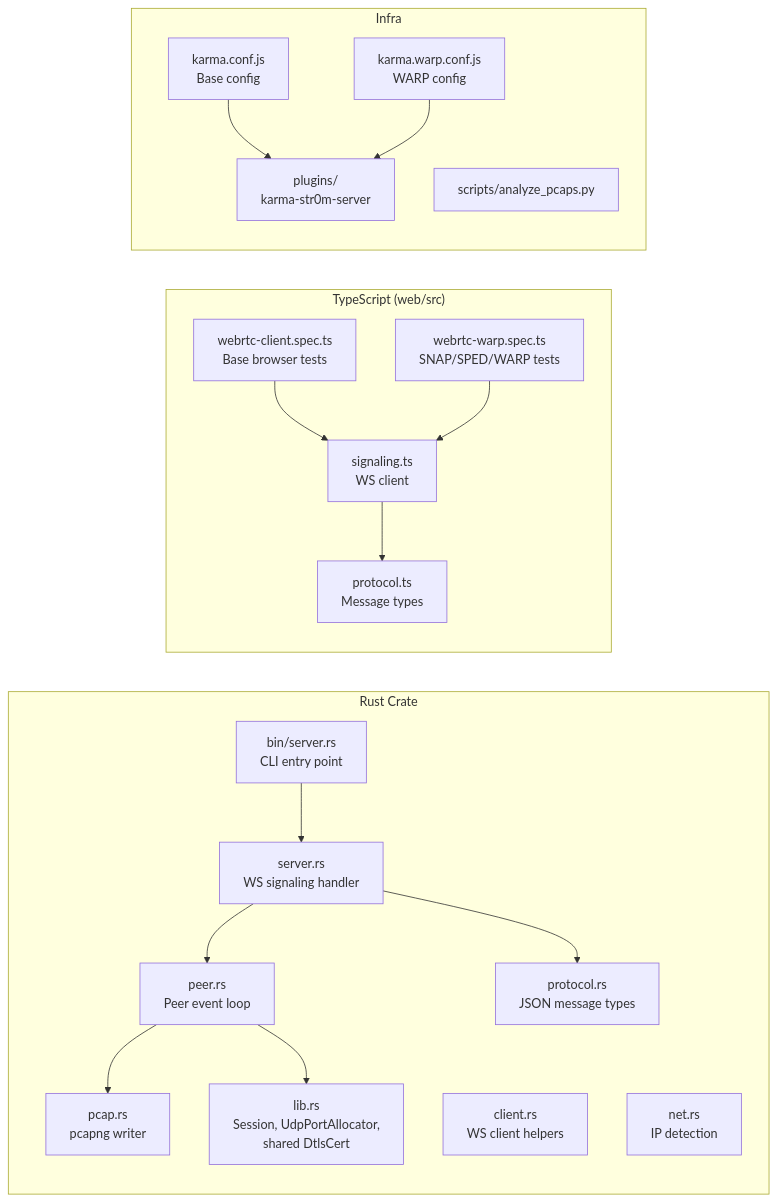
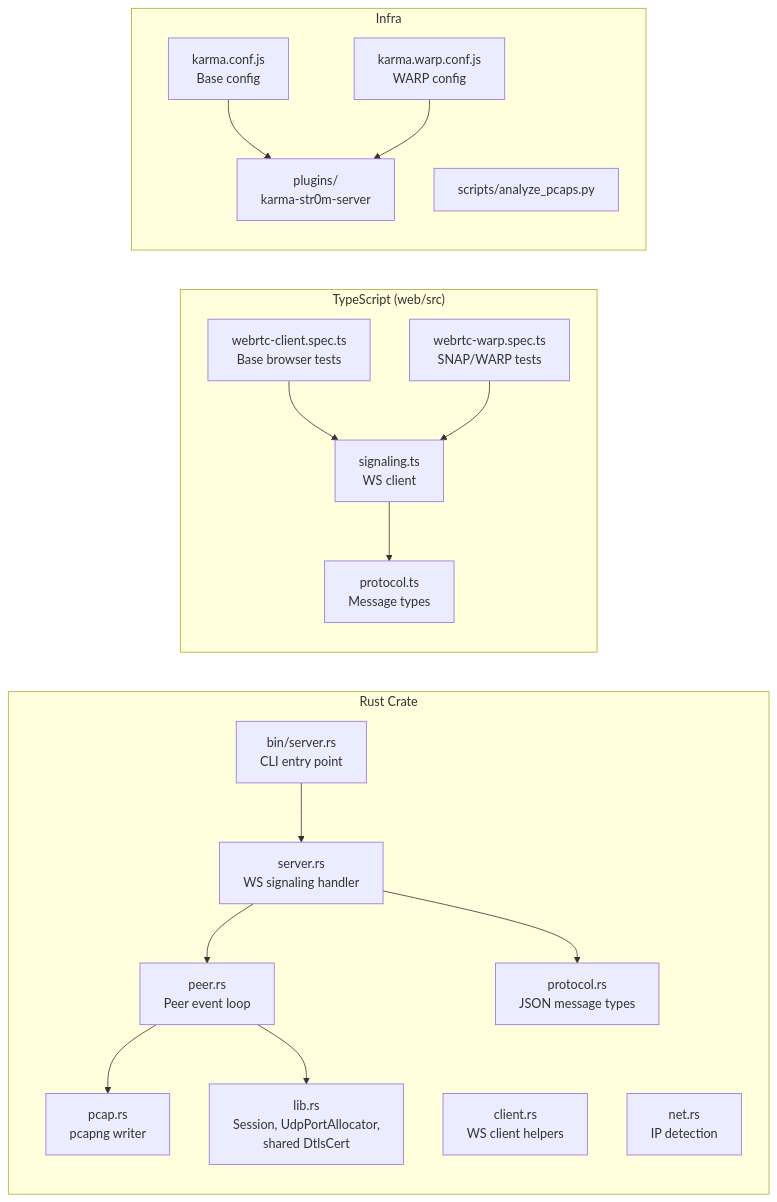
The second of 10 diagrams in README.md (xnorpx/str0m_browser_integration_tests), drawn with Mermaid before and after one commit. The commit also changed other lines of this file and 13 other files, not shown here.

````diff
--- a/README.md
+++ b/README.md
@@ -68,37 +67,37 @@
 ```mermaid
 graph LR
     subgraph "Rust Crate"
         bin_server["bin/server.rs<br/>CLI entry point"]
         server["server.rs<br/>WS signaling handler"]
         client["client.rs<br/>WS client helpers"]
         peer["peer.rs<br/>Peer event loop"]
         protocol["protocol.rs<br/>JSON message types"]
         pcap["pcap.rs<br/>pcapng writer"]
         net["net.rs<br/>IP detection"]
         lib["lib.rs<br/>Session, UdpPortAllocator,<br/>shared DtlsCert"]
     end
 
     subgraph "TypeScript (web/src)"
         spec_base["webrtc-client.spec.ts<br/>Base browser tests"]
-        spec_warp["webrtc-warp.spec.ts<br/>SNAP/SPED/WARP tests"]
+        spec_warp["webrtc-warp.spec.ts<br/>SNAP/WARP tests"]
         ts_proto["protocol.ts<br/>Message types"]
         ts_signal["signaling.ts<br/>WS client"]
     end
 
     subgraph "Infra"
         karma_base["karma.conf.js<br/>Base config"]
         karma_warp["karma.warp.conf.js<br/>WARP config"]
         plugin["plugins/<br/>karma-str0m-server"]
         analyze["scripts/analyze_pcaps.py"]
     end
 
     bin_server --> server
     server --> peer
     server --> protocol
     peer --> pcap
     peer --> lib
     spec_base --> ts_signal --> ts_proto
     spec_warp --> ts_signal
     karma_base --> plugin
     karma_warp --> plugin
 ```
````
